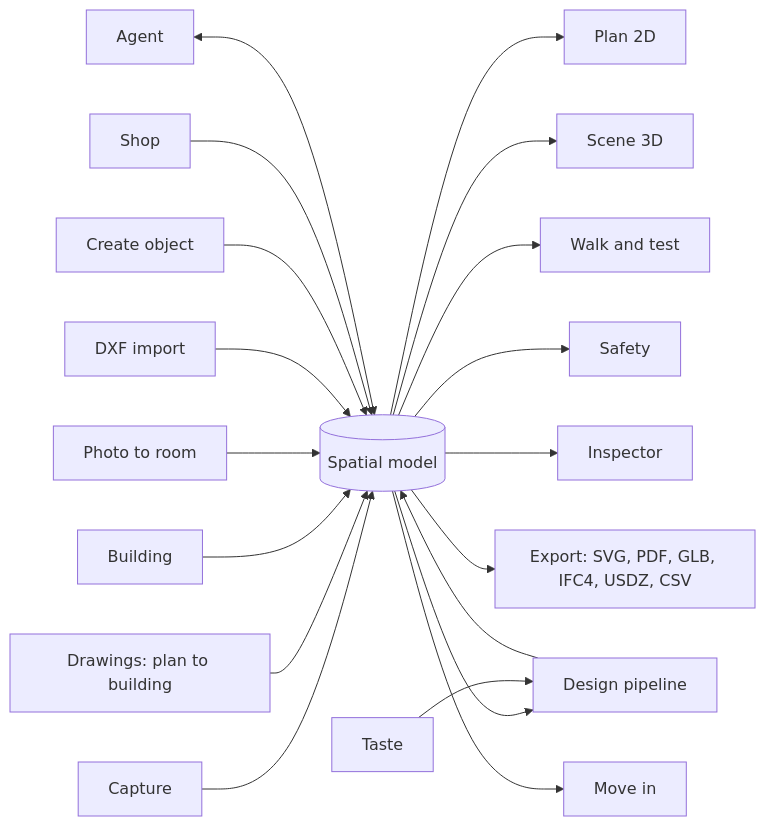
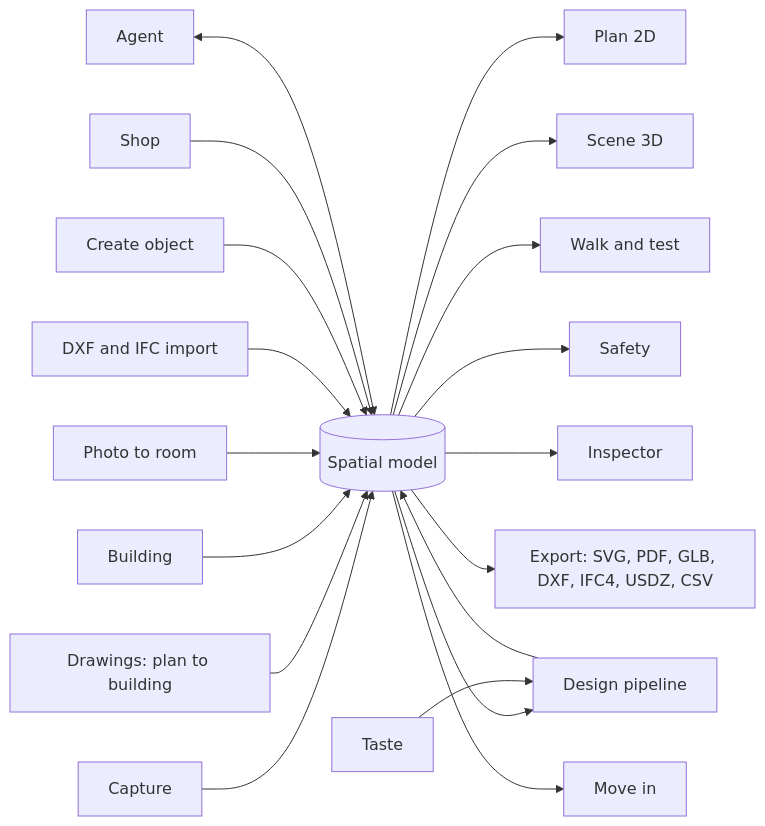
The first of 3 diagrams in README.md (JUNCTION26/SpaceLens), drawn with Mermaid before and after one commit. The commit also changed other lines of this file and 3 other files, not shown here.

Commit message:
Update README, changelog, demo and architecture docs to the current features

````diff
--- a/README.md
+++ b/README.md
@@ -262,21 +290,21 @@
 ```mermaid
 flowchart LR
   C[Capture] --> M[(Spatial model)]
   D[Drawings: plan to building] --> M
   B[Building] --> M
   PH[Photo to room] --> M
-  DX[DXF import] --> M
+  DX[DXF and IFC import] --> M
   F[Create object] --> M
   S[Shop] --> M
   M --> P[Plan 2D]
   M --> V[Scene 3D]
   M --> G[Design pipeline]
   G --> M
   M --> W[Walk and test]
   M --> Y[Safety]
   M --> I[Inspector]
-  M --> X[Export: SVG, PDF, GLB, IFC4, USDZ, CSV]
+  M --> X[Export: SVG, PDF, GLB, DXF, IFC4, USDZ, CSV]
   M --> MV[Move in]
   T[Taste] --> G
   A[Agent] <--> M
 ```
````
